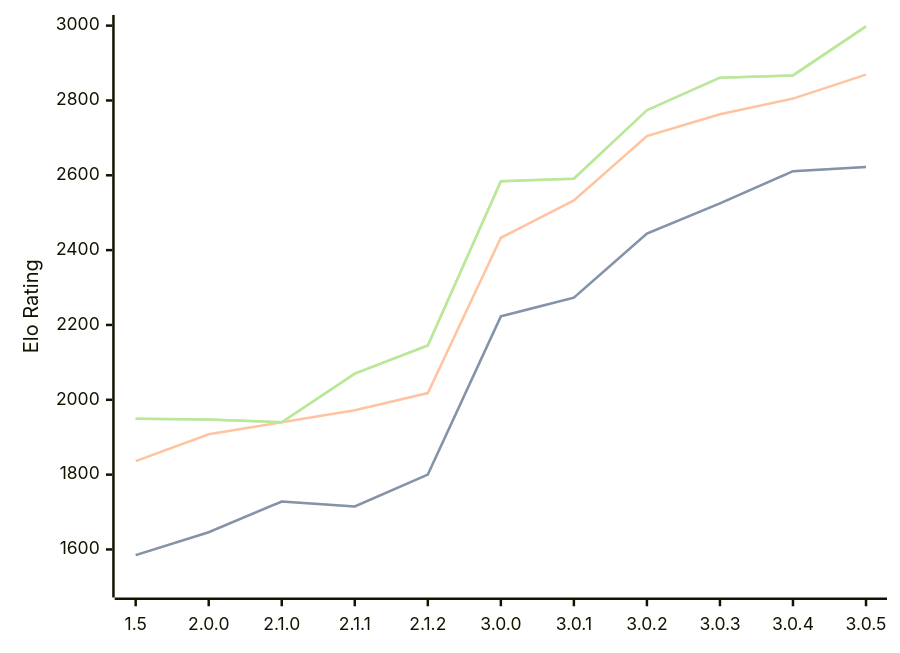
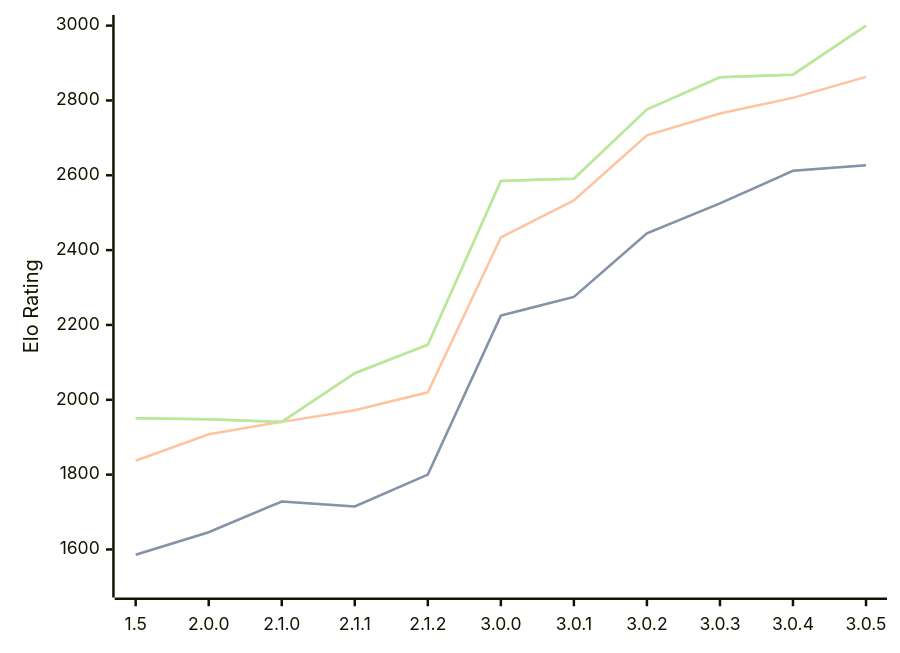
The diagram in engines/Rudim.md (computer-chess-index/cci), drawn with Mermaid before and after one commit. The commit also changed other lines of this file, not shown here.

Commit message:
Update CCI Ratings (ELO VLTC) - 2026-07-24

````diff
--- a/engines/Rudim.md
+++ b/engines/Rudim.md
@@ -50,11 +50,11 @@
 ```mermaid
 %%{init: {"theme":"base","themeVariables":{"seriesColors:['#a3a3a3','#222221','#faa371']}}}%%
 xychart-beta
   x-axis ["1.5", "2.0.0", "2.1.0", "2.1.1", "2.1.2", "3.0.0", "3.0.1", "3.0.2", "3.0.3", "3.0.4", "3.0.5"]
   y-axis "Elo Rating" 1500 --> 3000
-  line "STC (8.0+0.08s)" [1585, 1646, 1728, 1715, 1800, 2223, 2273, 2444, 2525, 2611, 2622]
-  line "STC (8.0+0.08s)" [1585, 1646, 1728, 1715, 1800, 2223, 2273, 2444, 2525, 2611, 2622]
-  line "LTC (60.0+0.60s)" [1836, 1908, 1940, 1972, 2018, 2433, 2533, 2705, 2763, 2805, 2869]
-  line "VLTC (2m24s+1.12s)" [1949, 1947, 1940, 2070, 2145, 2584, 2591, 2774, 2861, 2867, 2998]
-  line "VLTC (2m24s+1.12s)" [1949, 1947, 1940, 2070, 2145, 2584, 2591, 2774, 2861, 2867, 2998]
+  line "STC (8.0+0.08s)" [1586, 1646, 1728, 1715, 1800, 2225, 2275, 2445, 2525, 2612, 2627]
+  line "STC (8.0+0.08s)" [1586, 1646, 1728, 1715, 1800, 2225, 2275, 2445, 2525, 2612, 2627]
+  line "LTC (60.0+0.60s)" [1837, 1908, 1941, 1972, 2020, 2434, 2533, 2707, 2765, 2807, 2863]
+  line "VLTC (2m24s+1.12s)" [1951, 1948, 1941, 2071, 2147, 2585, 2591, 2776, 2862, 2869, 3000]
+  line "VLTC (2m24s+1.12s)" [1951, 1948, 1941, 2071, 2147, 2585, 2591, 2776, 2862, 2869, 3000]
 ```
````
